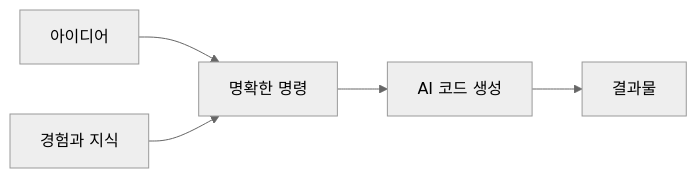
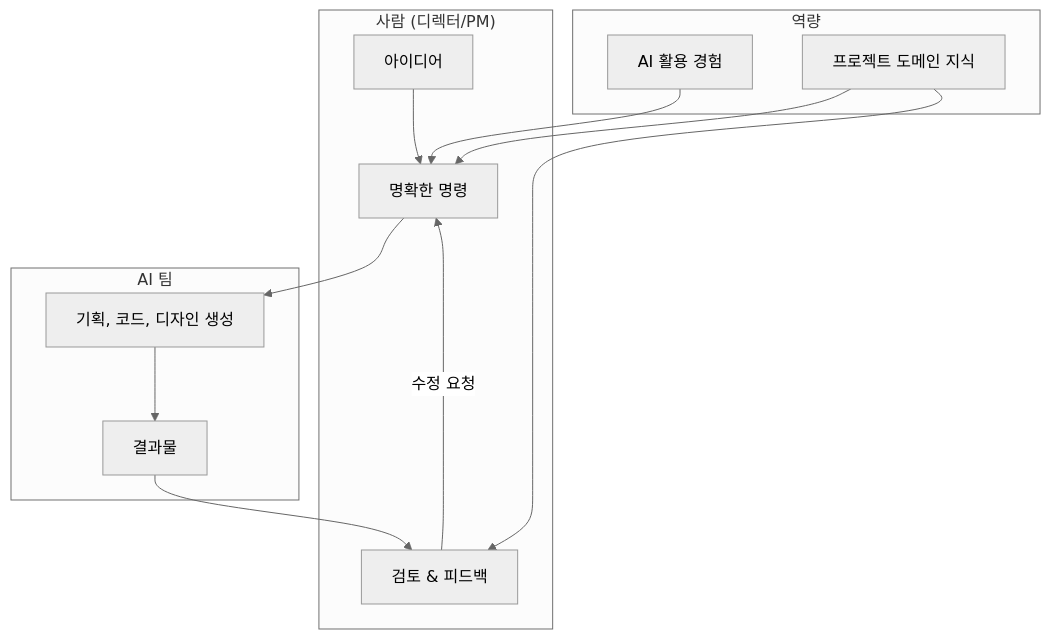
The first of 3 diagrams in _md/essentials-vibecoding/chapter01/01-4.md (nugurejeil/weniVooks), drawn with Mermaid (neutral theme) before and after one commit. The commit also changed other lines of this file and 2 other files, not shown here.

````diff
--- a/_md/essentials-vibecoding/chapter01/01-4.md
+++ b/_md/essentials-vibecoding/chapter01/01-4.md
@@ -13,8 +13,28 @@
 ```mermaid
-flowchart LR
-    A["아이디어"] --> B["명확한 명령"]
-    B --> C["AI 코드 생성"]
-    C --> D["결과물"]
+flowchart TB
+    subgraph human["사람 (디렉터/PM)"]
+        A["아이디어"]
+        B["명확한 명령"]
+        E["검토 & 피드백"]
+    end
 
-    E["경험과 지식"] --> B
+    subgraph ai["AI 팀"]
+        C["기획, 코드, 디자인 생성"]
+        D["결과물"]
+    end
+
+    subgraph knowledge["역량"]
+        F["AI 활용 경험"]
+        G["프로젝트 도메인 지식"]
+    end
+
+    A --> B
+    B --> C
+    C --> D
+    D --> E
+    E -->|"수정 요청"| B
+
+    F --> B
+    G --> B
+    G --> E
 ```
````
